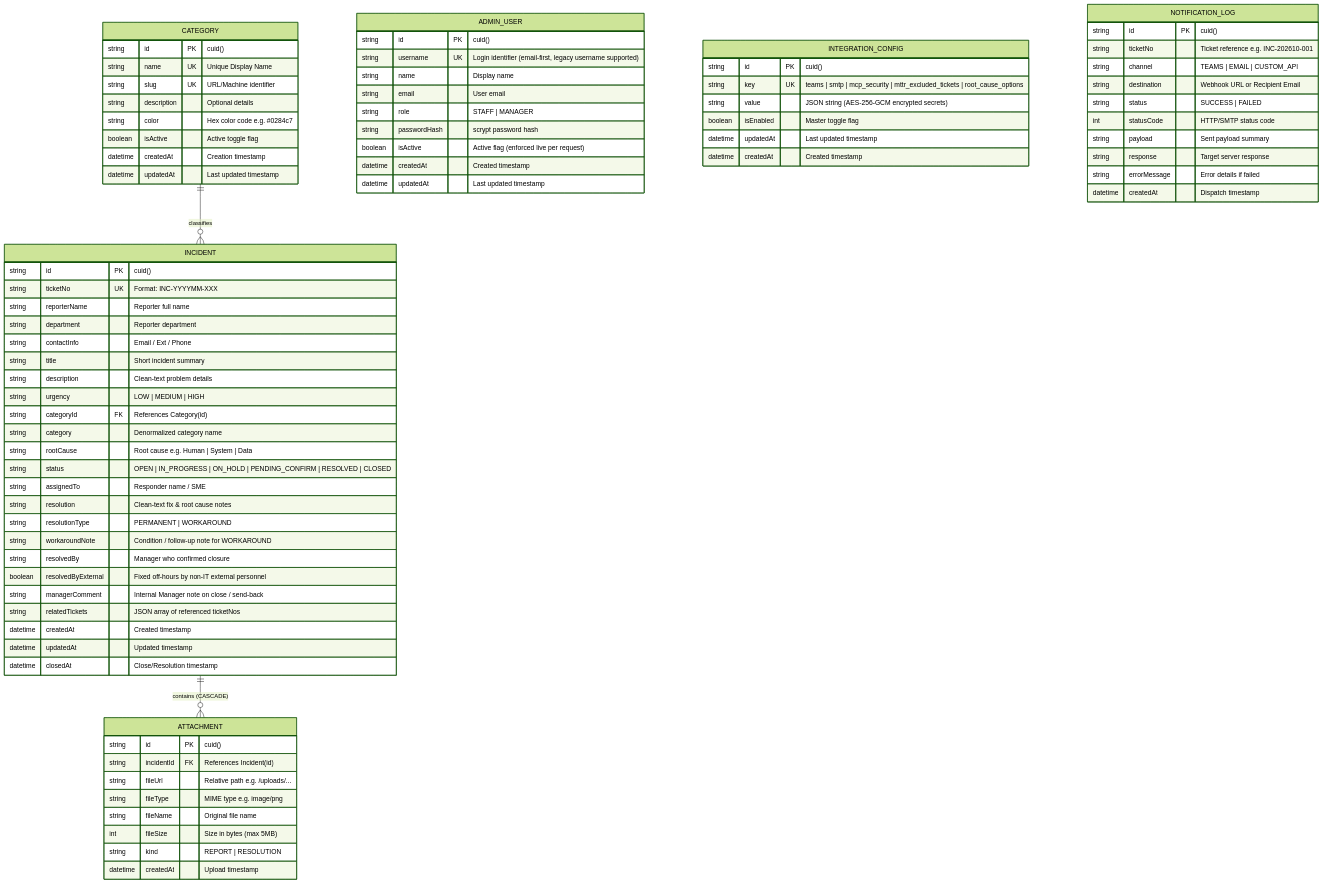
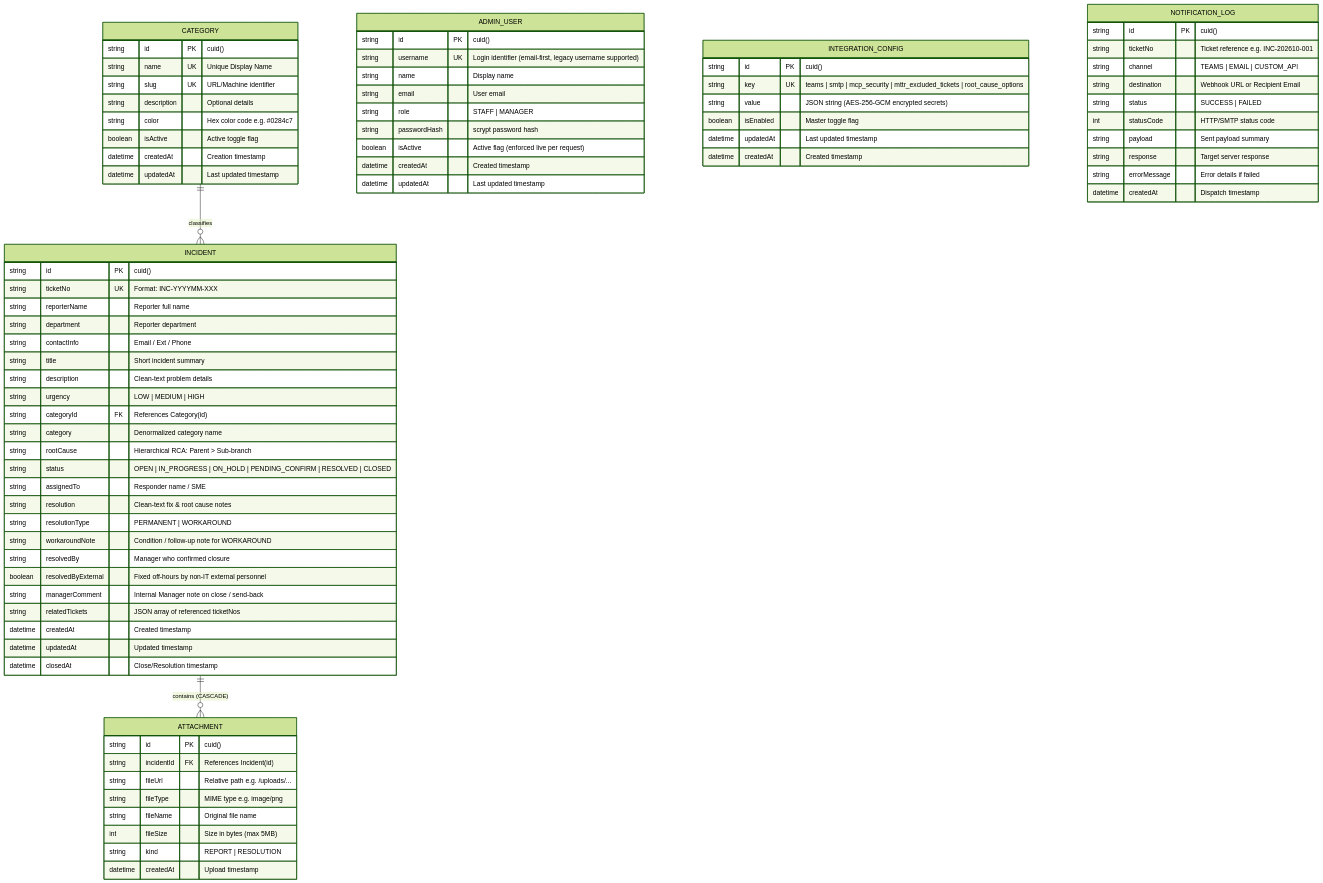
One commit to lookmhen/incident-tracker changed the first of 2 diagrams in DATA_DICTIONARY.md. Above: the diagram before and after it, drawn with Mermaid (forest theme). The commit also changed other lines of this file and 2 other files, not shown here.

Commit message:
docs: sync README, DATA_DICTIONARY, and spec with recent API and UI updates

```diff
--- a/DATA_DICTIONARY.md
+++ b/DATA_DICTIONARY.md
@@ -36,7 +36,7 @@
         string urgency "LOW | MEDIUM | HIGH"
         string categoryId FK "References Category(id)"
         string category "Denormalized category name"
-        string rootCause "Root cause e.g. Human | System | Data"
+        string rootCause "Hierarchical RCA: Parent > Sub-branch"
         string status "OPEN | IN_PROGRESS | ON_HOLD | PENDING_CONFIRM | RESOLVED | CLOSED"
         string assignedTo "Responder name / SME"
         string resolution "Clean-text fix & root cause notes"
```
